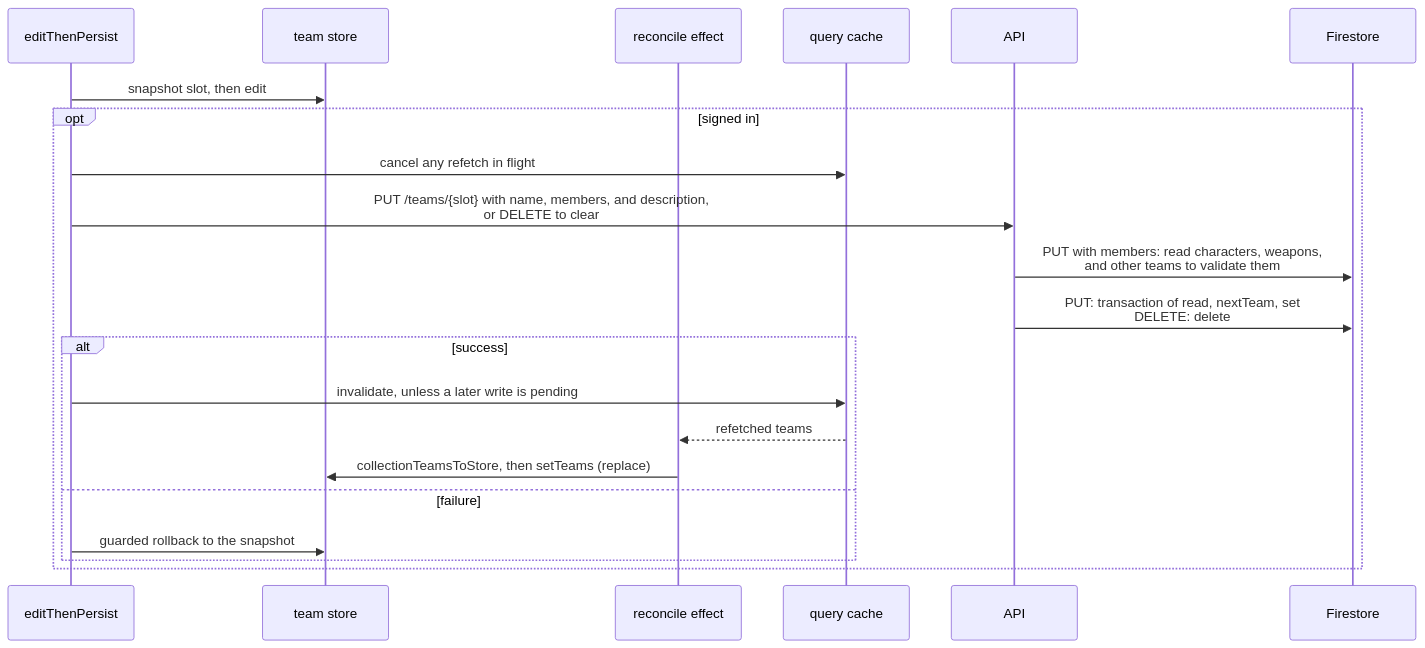
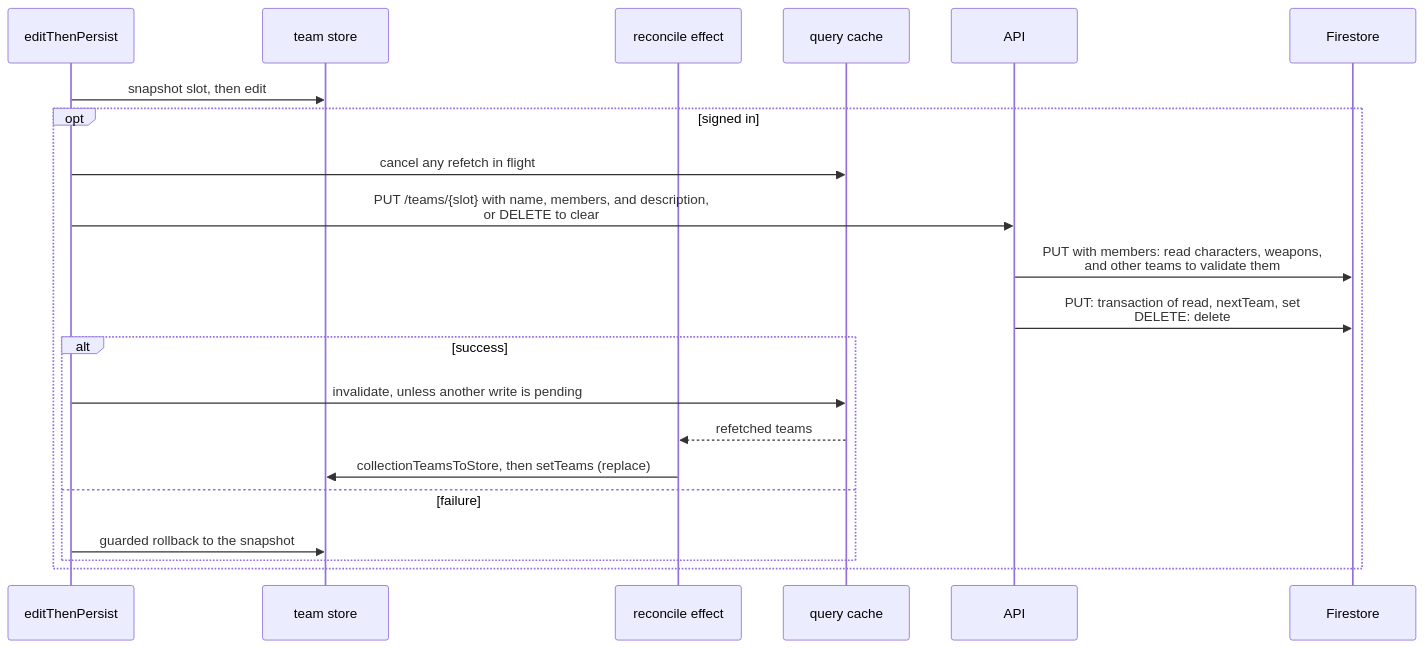
The third of 4 diagrams in docs/reference/data-flow-write-paths.md (dungeon-studio/genshin.dungeon.studio), drawn with Mermaid before and after one commit. The commit also changed other lines of this file and 2 other files, not shown here.

First line of the commit message:
docs: say another pending write, not a later one

````diff
--- a/docs/reference/data-flow-write-paths.md
+++ b/docs/reference/data-flow-write-paths.md
@@ -139,24 +139,24 @@
 ```mermaid
 sequenceDiagram
   participant Hook as editThenPersist
   participant Store as team store
   participant Reconcile as reconcile effect
   participant Cache as query cache
   participant API as API
   participant FS as Firestore
 
   Hook->>Store: snapshot slot, then edit
   opt signed in
     Hook->>Cache: cancel any refetch in flight
     Hook->>API: PUT /teams/{slot} with name, members, and description,<br>or DELETE to clear
     API->>FS: PUT with members: read characters, weapons,<br>and other teams to validate them
     API->>FS: PUT: transaction of read, nextTeam, set<br>DELETE: delete
     alt success
-      Hook->>Cache: invalidate, unless a later write is pending
+      Hook->>Cache: invalidate, unless another write is pending
       Cache-->>Reconcile: refetched teams
       Reconcile->>Store: collectionTeamsToStore, then setTeams (replace)
     else failure
       Hook->>Store: guarded rollback to the snapshot
     end
   end
 ```
````
